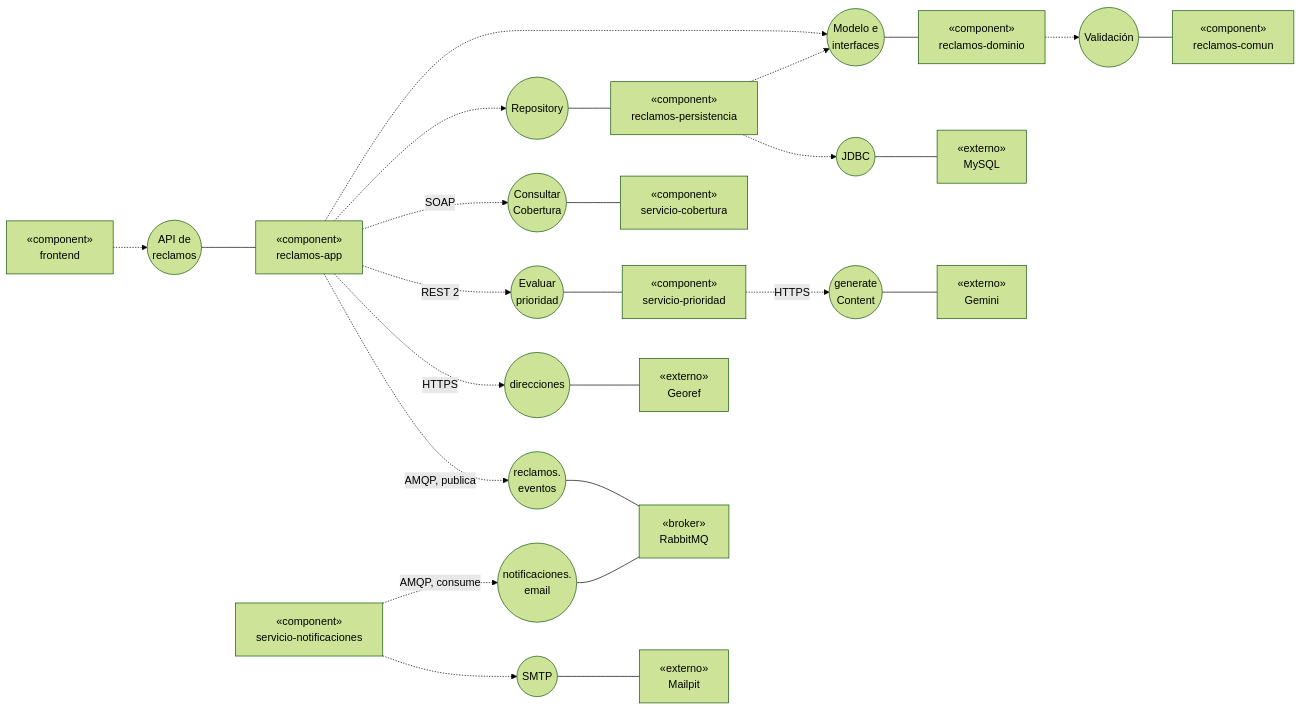
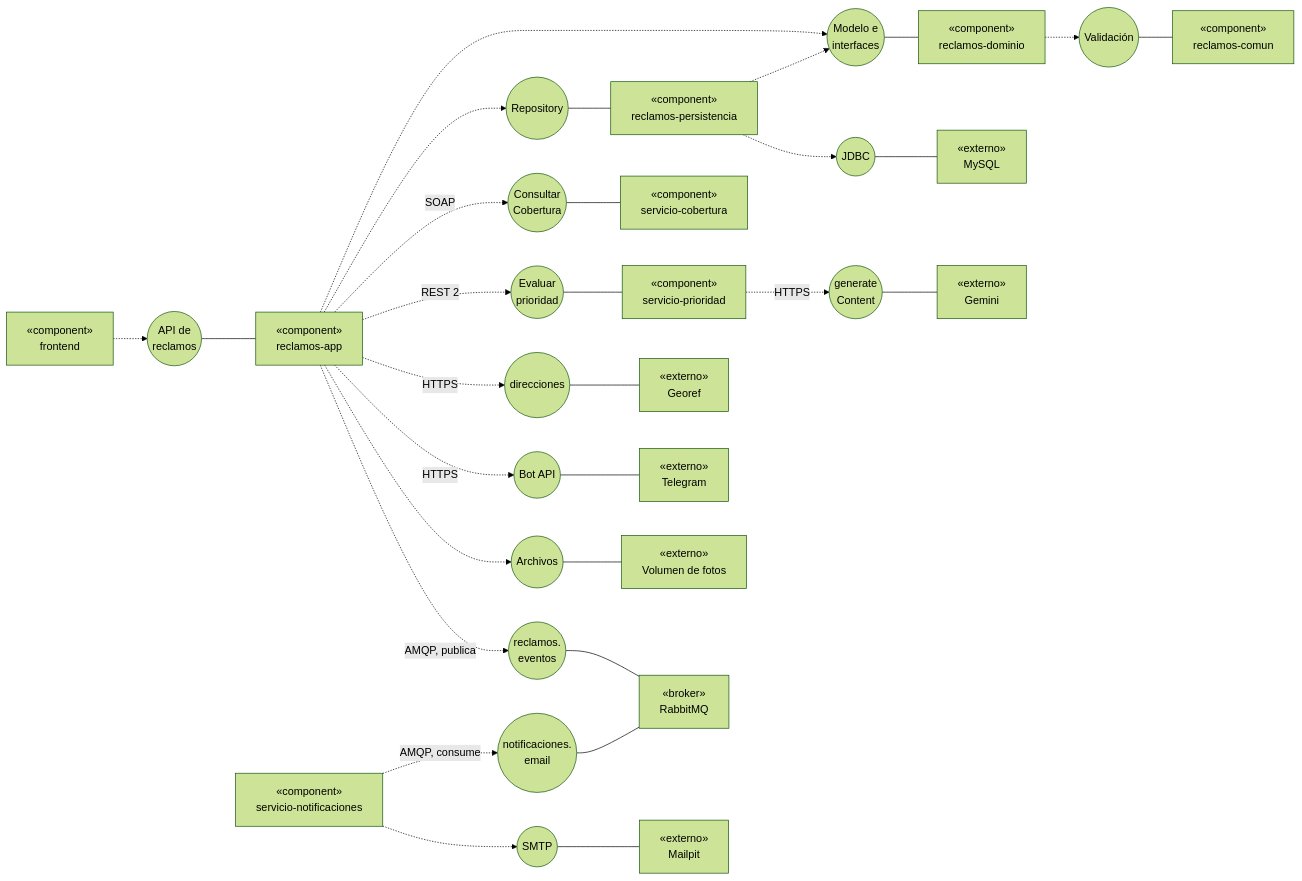
One commit to SanTegli/DesarrolloAppsIIGrupo10 changed the third of 12 diagrams in docs/arquitectura.md. Above: the diagram before and after it, drawn with Mermaid (forest theme). The commit also changed other lines of this file and 27 other files, not shown here.

````diff
--- a/docs/arquitectura.md
+++ b/docs/arquitectura.md
@@ -128,43 +132,49 @@
 ```mermaid
 flowchart LR
   FE["«component»<br/>frontend"]
   APP["«component»<br/>reclamos-app"]
   DOM["«component»<br/>reclamos-dominio"]
   PERS["«component»<br/>reclamos-persistencia"]
   COM["«component»<br/>reclamos-comun"]
   COB["«component»<br/>servicio-cobertura"]
   PRI["«component»<br/>servicio-prioridad"]
   NOT["«component»<br/>servicio-notificaciones"]
   MQ["«broker»<br/>RabbitMQ"]
   GEO["«externo»<br/>Georef"]
+  TG["«externo»<br/>Telegram"]
+  FS["«externo»<br/>Volumen de fotos"]
   GEM["«externo»<br/>Gemini"]
   MY["«externo»<br/>MySQL"]
   MAIL["«externo»<br/>Mailpit"]
 
   I1(("API de<br/>reclamos"))
   I2(("Modelo e<br/>interfaces"))
   I3(("Repository"))
   I4(("Validación"))
   I5(("Consultar<br/>Cobertura"))
   I6(("Evaluar<br/>prioridad"))
   I7(("direcciones"))
   I8(("reclamos.<br/>eventos"))
   I9(("generate<br/>Content"))
   I10(("JDBC"))
   I11(("notificaciones.<br/>email"))
   I12(("SMTP"))
+  I13(("Bot API"))
+  I14(("Archivos"))
 
   FE -.-> I1 --- APP
   APP -.-> I2 --- DOM
   APP -.-> I3 --- PERS
   PERS -.-> I2
   DOM -.-> I4 --- COM
   PERS -.-> I10 --- MY
   APP -.->|"SOAP"| I5 --- COB
   APP -.->|"REST 2"| I6 --- PRI
   PRI -.->|"HTTPS"| I9 --- GEM
   APP -.->|"HTTPS"| I7 --- GEO
+  APP -.->|"HTTPS"| I13 --- TG
+  APP -.-> I14 --- FS
   APP -.->|"AMQP, publica"| I8 --- MQ
   NOT -.->|"AMQP, consume"| I11 --- MQ
   NOT -.-> I12 --- MAIL
 ```
````
